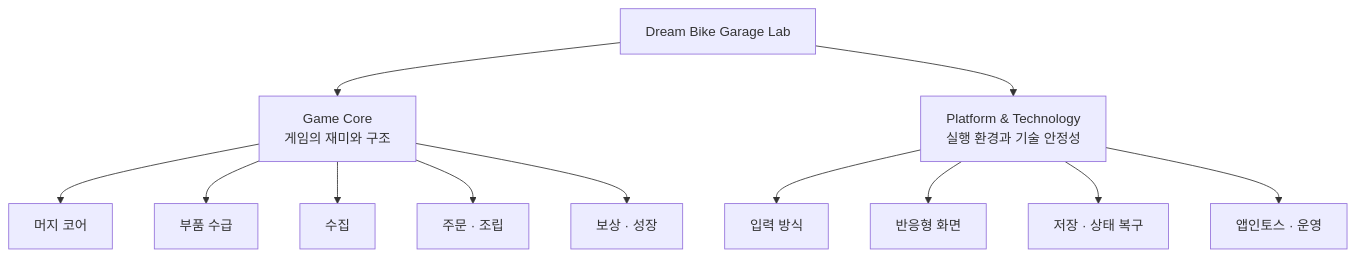
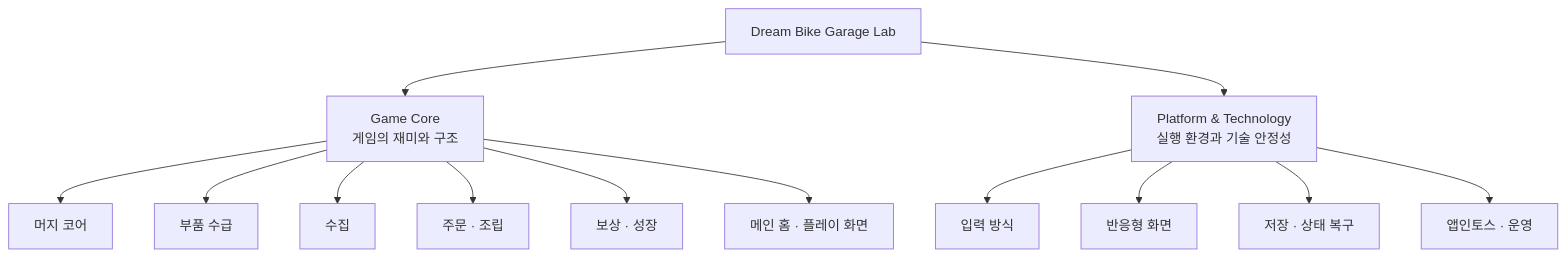
Before and after one commit to aigemro/dream-bike-garage-lab: the first of 4 diagrams in docs/LAB_PROTOTYPE_MAP.md, drawn with Mermaid. The commit also changed other lines of this file and 7 other files, not shown here.

````diff
--- a/docs/LAB_PROTOTYPE_MAP.md
+++ b/docs/LAB_PROTOTYPE_MAP.md
@@ -19,17 +19,18 @@
 ```mermaid
 flowchart TB
     LAB["Dream Bike Garage Lab"]
     LAB --> CORE["Game Core<br/>게임의 재미와 구조"]
     LAB --> PLATFORM["Platform & Technology<br/>실행 환경과 기술 안정성"]
 
     CORE --> MERGE["머지 코어"]
     CORE --> SUPPLY["부품 수급"]
     CORE --> COLLECTION["수집"]
     CORE --> ORDER["주문 · 조립"]
     CORE --> REWARD["보상 · 성장"]
+    CORE --> HOME["메인 홈 · 플레이 화면"]
 
     PLATFORM --> INPUT["입력 방식"]
     PLATFORM --> RESPONSIVE["반응형 화면"]
     PLATFORM --> SAVE["저장 · 상태 복구"]
     PLATFORM --> TOSS["앱인토스 · 운영"]
 ```
````
